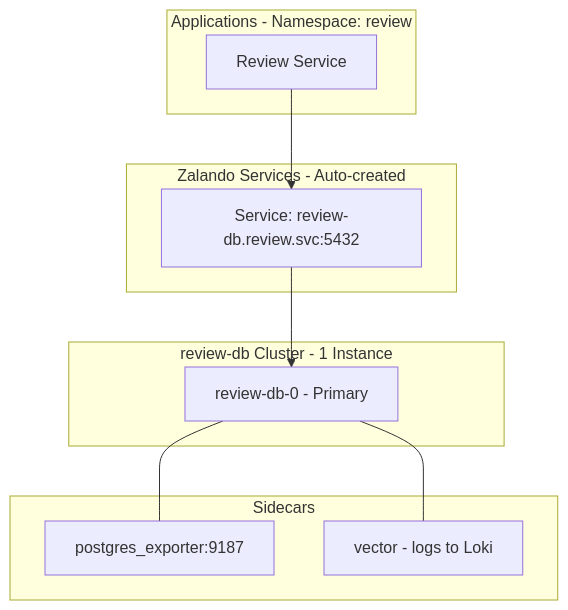
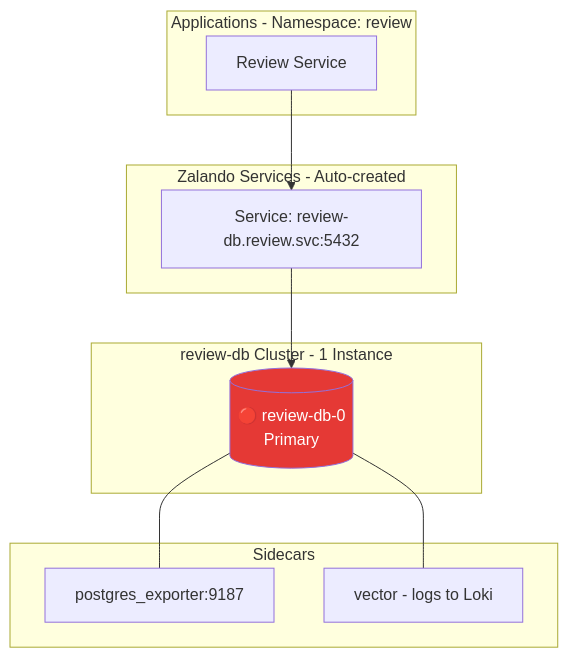
Before and after one commit to duynhlab/homelab: the third of 6 diagrams in kubernetes/infra/configs/databases/clusters/README.md, drawn with Mermaid. The commit also changed other lines of this file and 18 other files, not shown here.

````diff
--- a/kubernetes/infra/configs/databases/clusters/README.md
+++ b/kubernetes/infra/configs/databases/clusters/README.md
@@ -217,24 +237,26 @@
 ```mermaid
 flowchart TD
     subgraph Apps["Applications - Namespace: review"]
         ReviewService["Review Service"]
     end
 
     subgraph ZalandoSvc["Zalando Services - Auto-created"]
         DirectSvc["Service: review-db.review.svc:5432"]
     end
 
     subgraph Cluster["review-db Cluster - 1 Instance"]
-        Primary["review-db-0 - Primary"]
+        Primary[("🔴 review-db-0<br/>Primary")]
     end
 
     subgraph Sidecars["Sidecars"]
         Exporter["postgres_exporter:9187"]
         Vector["vector - logs to Loki"]
     end
 
     ReviewService --> DirectSvc
     DirectSvc --> Primary
     Primary --- Exporter
     Primary --- Vector
+    
+    style Primary fill:#E53935,color:#fff
 ```
````
